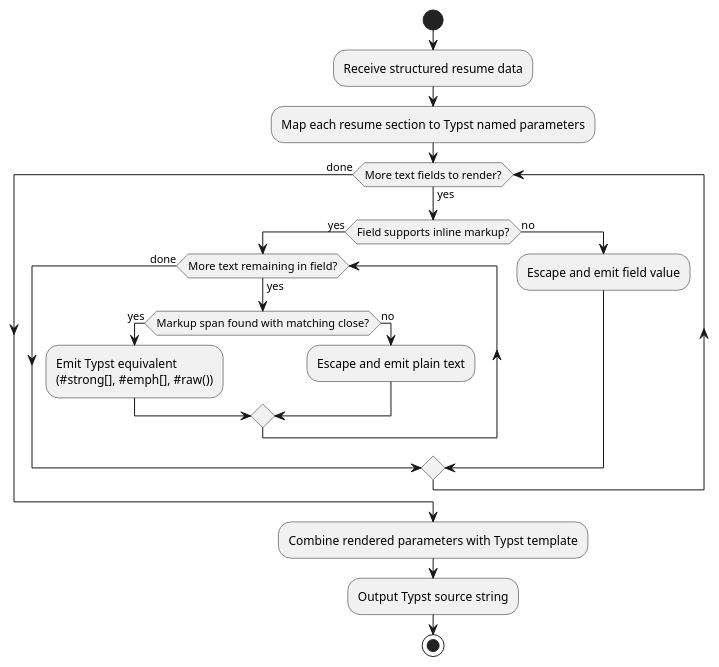
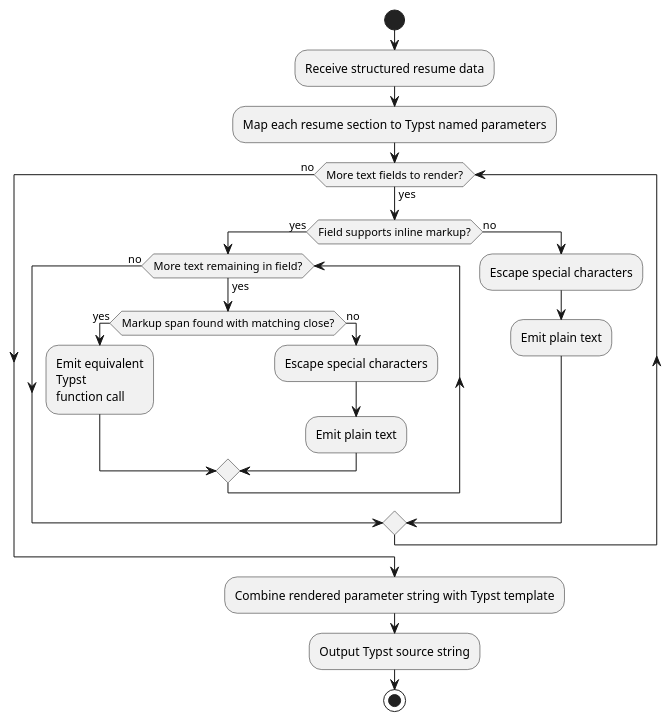
One commit to GetJobAI/pdf-generator changed the diagram in docs/diagrams/activity_render.puml. Above: the diagram before and after it, drawn with PlantUML. The commit also changed 3 other files, not shown here.

Commit message:
improve diagrams

```diff
--- a/docs/diagrams/activity_render.puml
+++ b/docs/diagrams/activity_render.puml
@@ -1,28 +1,30 @@
 @startuml activity_render
 skinparam shadowing false
 start
 
 :Receive structured resume data;
 
 :Map each resume section to Typst named parameters;
 
 while (More text fields to render?) is (yes)
     if (Field supports inline markup?) then (yes)
         while (More text remaining in field?) is (yes)
             if (Markup span found with matching close?) then (yes)
-                :Emit Typst equivalent\n(#strong[], #emph[], #raw());
+                :Emit equivalent\nTypst\nfunction call;
             else (no)
-                :Escape and emit plain text;
+                :Escape special characters;
+                :Emit plain text;
             endif
-        endwhile (done)
+        endwhile (no)
     else (no)
-        :Escape and emit field value;
+        :Escape special characters;
+        :Emit plain text;
     endif
-endwhile (done)
+endwhile (no)
 
-:Combine rendered parameters with Typst template;
+:Combine rendered parameter string with Typst template;
 
 :Output Typst source string;
 
 stop
 @enduml
```
